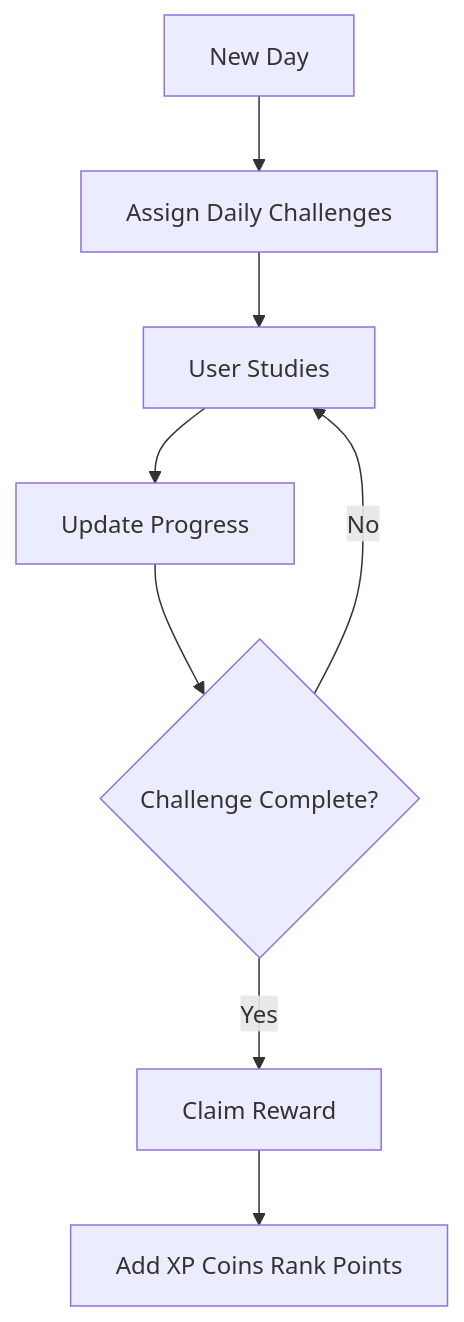
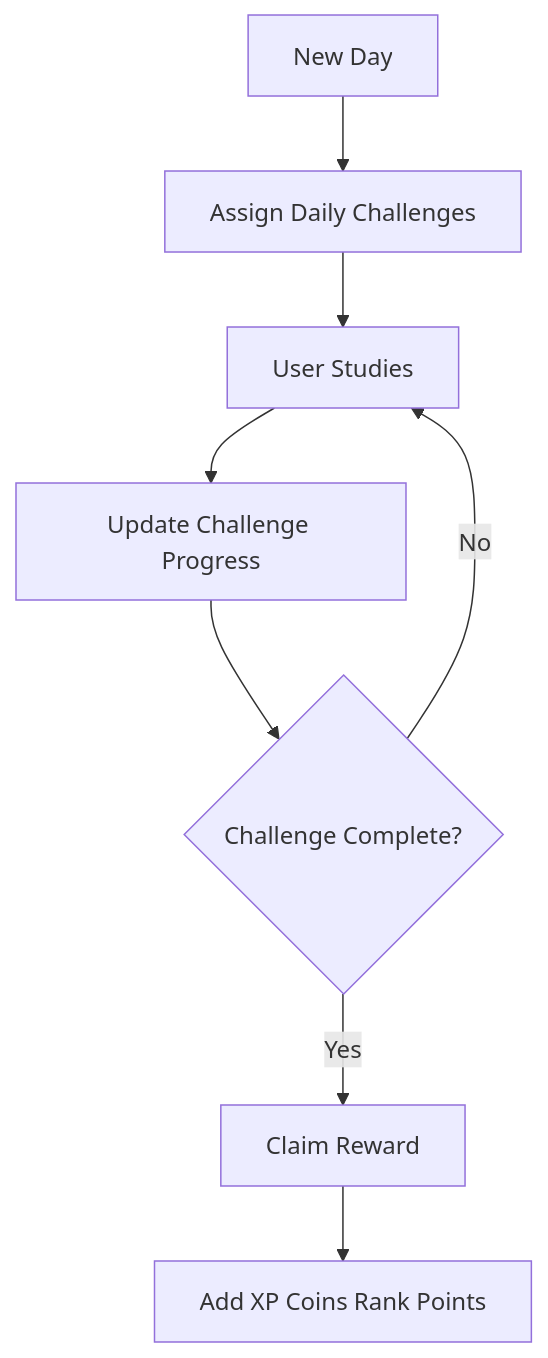
Before and after one commit to bipulkumar62/FocusSaga-XP: diagram 11 of 14 in README.md, drawn with Mermaid. The commit also changed other lines of this file, not shown here.

````diff
--- a/README.md
+++ b/README.md
@@ -220,10 +379,10 @@
 ```mermaid
 flowchart TD
     A[New Day] --> B[Assign Daily Challenges]
     B --> C[User Studies]
-    C --> D[Update Progress]
+    C --> D[Update Challenge Progress]
     D --> E{Challenge Complete?}
     E -- No --> C
     E -- Yes --> F[Claim Reward]
     F --> G[Add XP Coins Rank Points]
 ```
````
